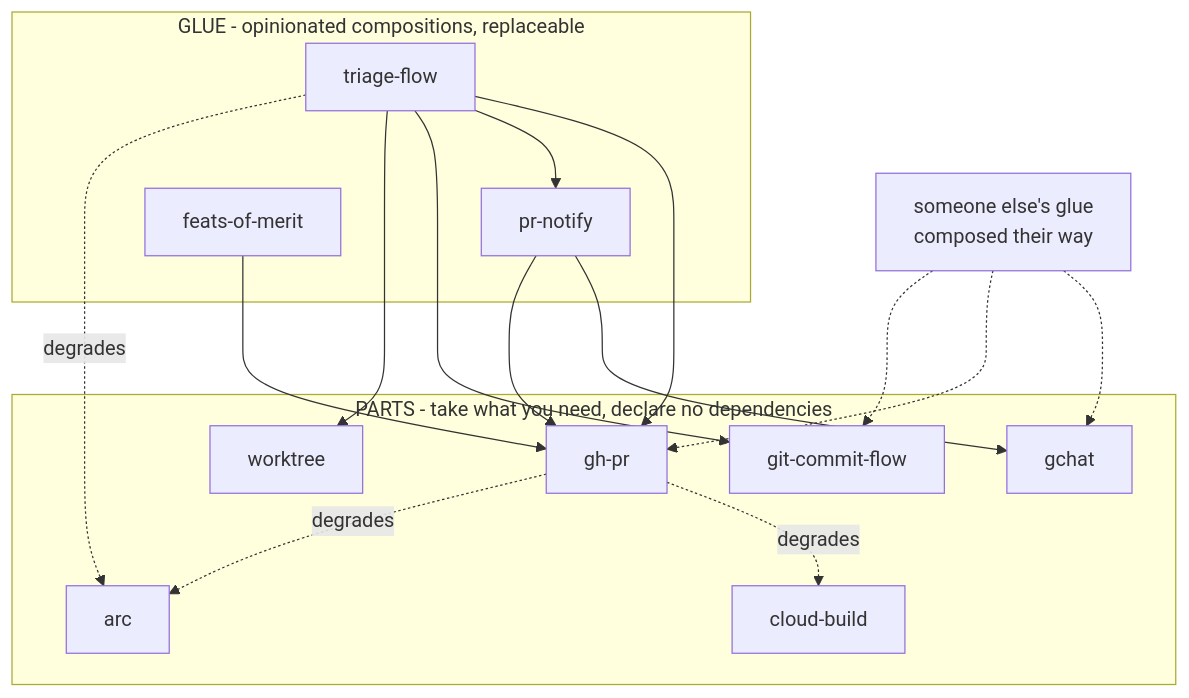
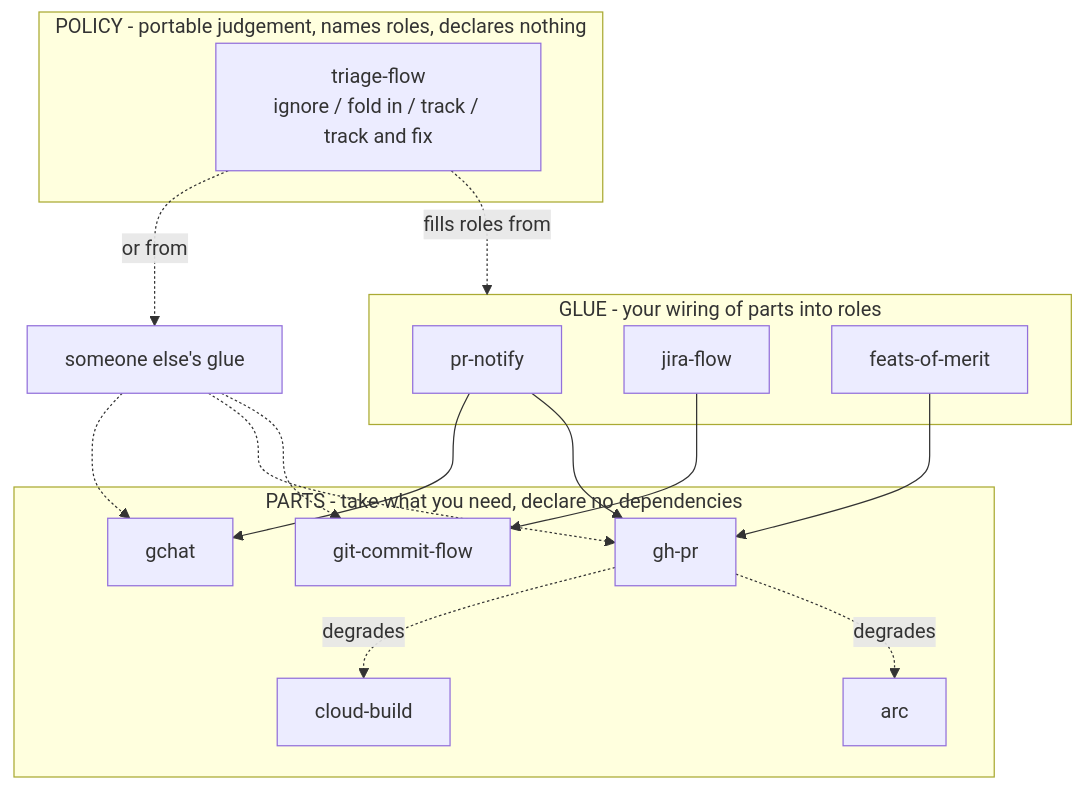
The diagram in docs/plans/2026-08-28-001-feat-claude-plugin-packaging-plan.md (benjfactor/dotfiles), drawn with Mermaid before and after one commit. The commit also changed other lines of this file, not shown here.

````diff
--- a/docs/plans/2026-08-28-001-feat-claude-plugin-packaging-plan.md
+++ b/docs/plans/2026-08-28-001-feat-claude-plugin-packaging-plan.md
@@ -50,31 +52,31 @@
 ```mermaid
 flowchart TD
     subgraph parts["PARTS - take what you need, declare no dependencies"]
         gchat["gchat"]
         arc["arc"]
         cb["cloud-build"]
         commit["git-commit-flow"]
         ghpr["gh-pr"]
-        wt["worktree"]
     end
-    subgraph glue["GLUE - opinionated compositions, replaceable"]
+    subgraph policy["POLICY - portable judgement, names roles, declares nothing"]
+        triage["triage-flow<br/>ignore / fold in / track / track and fix"]
+    end
+    subgraph glue["GLUE - your wiring of parts into roles"]
         notify["pr-notify"]
-        triage["triage-flow"]
+        jira["jira-flow"]
         merit["feats-of-merit"]
     end
-    yours["someone else's glue<br/>composed their way"]
+    theirs["someone else's glue"]
 
     notify --> gchat
     notify --> ghpr
-    triage --> ghpr
-    triage --> notify
-    triage --> commit
-    triage --> wt
+    jira --> commit
     merit --> ghpr
     ghpr -. degrades .-> cb
     ghpr -. degrades .-> arc
-    triage -. degrades .-> arc
-    yours -.-> gchat
-    yours -.-> ghpr
-    yours -.-> commit
+    triage -. fills roles from .-> glue
+    triage -. or from .-> theirs
+    theirs -.-> gchat
+    theirs -.-> ghpr
+    theirs -.-> commit
 ```
````
